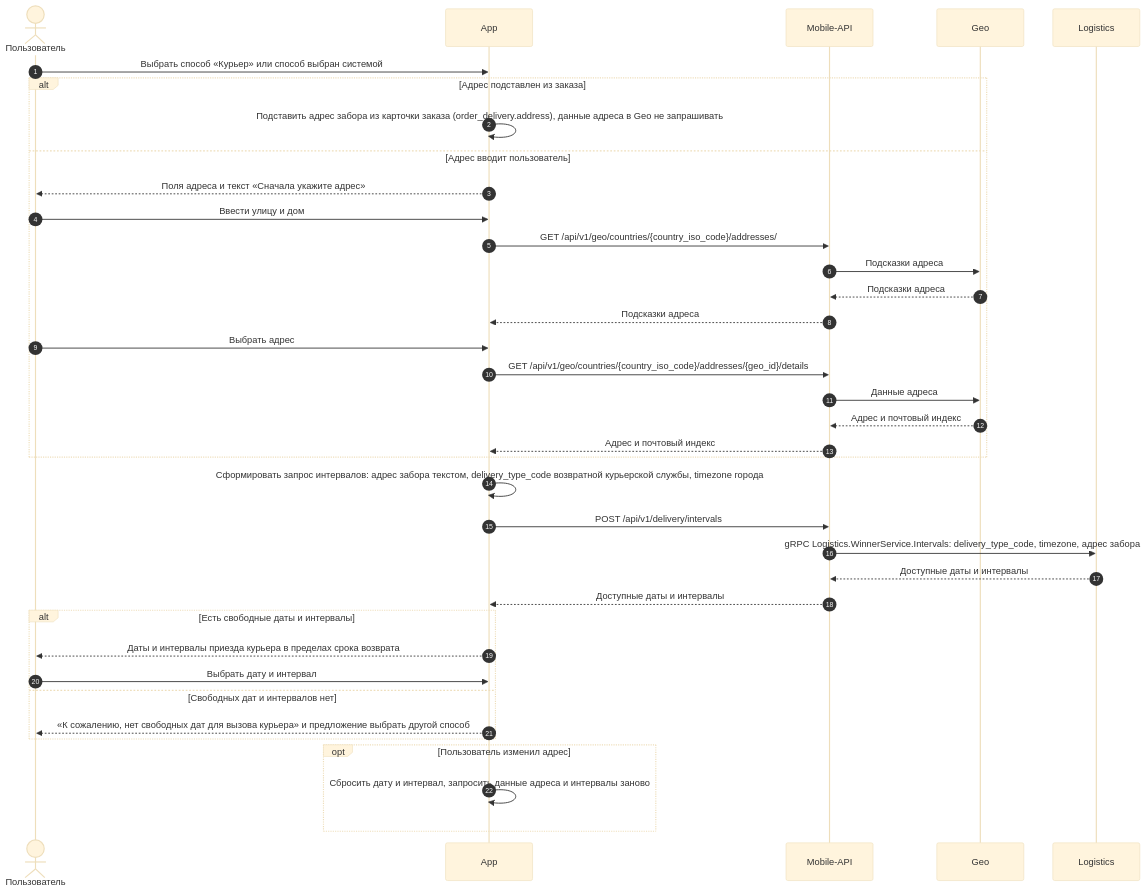
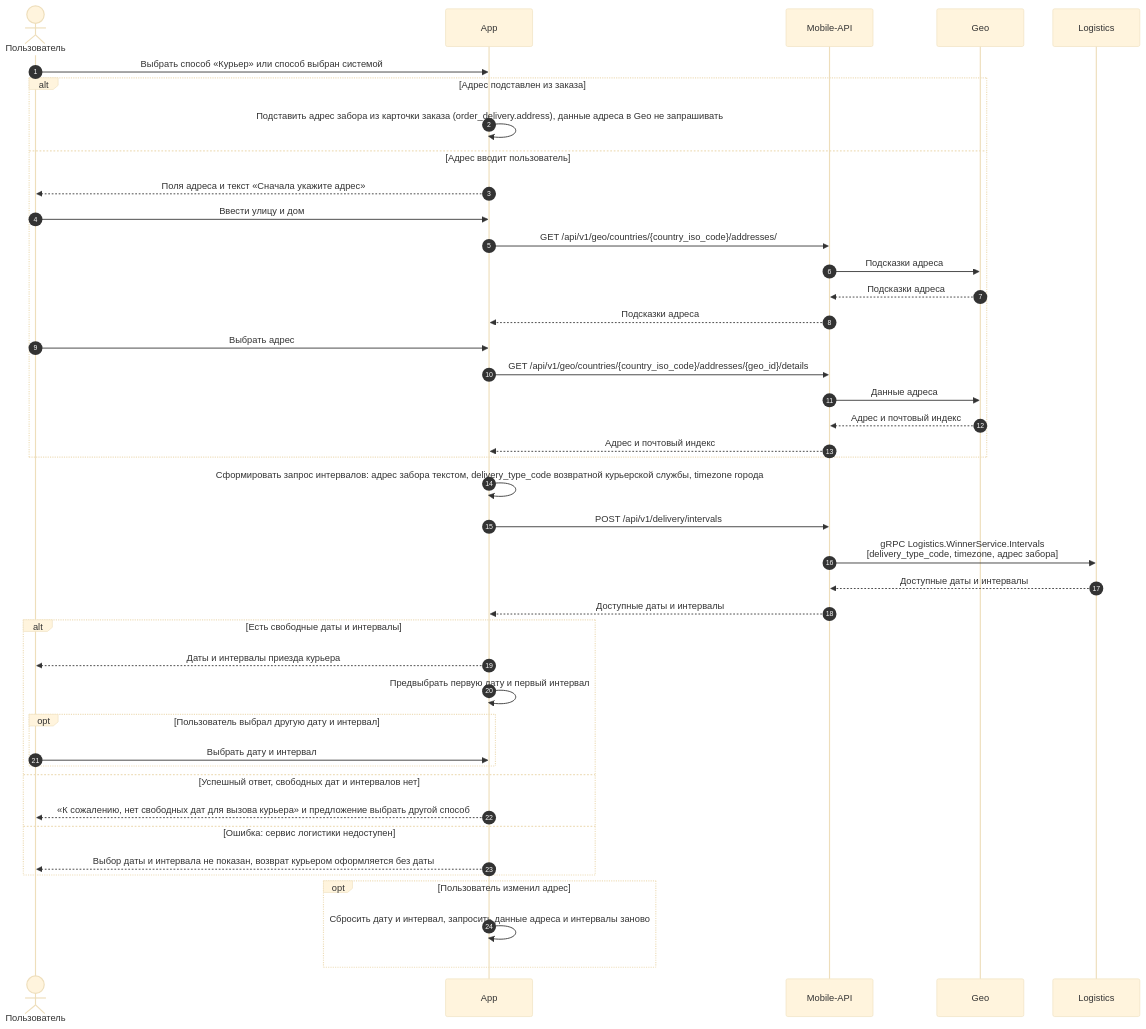
One commit to Terinss155/opencode-agents-analysis changed the eighth of 24 diagrams in projects/returns-2.0/requirements/srs/srs-mobile-mvp.md. Above: the diagram before and after it, drawn with Mermaid (base theme). The commit also changed other lines of this file and 135 other files, not shown here.

````diff
--- a/projects/returns-2.0/requirements/srs/srs-mobile-mvp.md
+++ b/projects/returns-2.0/requirements/srs/srs-mobile-mvp.md
@@ -525,41 +569,46 @@
 ```mermaid
 sequenceDiagram
     autonumber
     actor U as Пользователь
     participant APP as App
     participant API as Mobile-API
     participant GEO as Geo
     participant LOG as Logistics
 
     U->>APP: Выбрать способ «Курьер» или способ выбран системой
     alt Адрес подставлен из заказа
         APP->>APP: Подставить адрес забора из карточки заказа (order_delivery.address), данные адреса в Geo не запрашивать
     else Адрес вводит пользователь
         APP-->>U: Поля адреса и текст «Сначала укажите адрес»
         U->>APP: Ввести улицу и дом
         APP->>API: GET /api/v1/geo/countries/{country_iso_code}/addresses/
         API->>GEO: Подсказки адреса
         GEO-->>API: Подсказки адреса
         API-->>APP: Подсказки адреса
         U->>APP: Выбрать адрес
         APP->>API: GET /api/v1/geo/countries/{country_iso_code}/addresses/{geo_id}/details
         API->>GEO: Данные адреса
         GEO-->>API: Адрес и почтовый индекс
         API-->>APP: Адрес и почтовый индекс
     end
     APP->>APP: Сформировать запрос интервалов: адрес забора текстом, delivery_type_code возвратной курьерской службы, timezone города
     APP->>API: POST /api/v1/delivery/intervals
-    API->>LOG: gRPC Logistics.WinnerService.Intervals: delivery_type_code, timezone, адрес забора
+    API->>LOG: gRPC Logistics.WinnerService.Intervals<br>[delivery_type_code, timezone, адрес забора]
     LOG-->>API: Доступные даты и интервалы
     API-->>APP: Доступные даты и интервалы
     alt Есть свободные даты и интервалы
-        APP-->>U: Даты и интервалы приезда курьера в пределах срока возврата
-        U->>APP: Выбрать дату и интервал
-    else Свободных дат и интервалов нет
+        APP-->>U: Даты и интервалы приезда курьера
+        APP->>APP: Предвыбрать первую дату и первый интервал
+        opt Пользователь выбрал другую дату и интервал
+            U->>APP: Выбрать дату и интервал
+        end
+    else Успешный ответ, свободных дат и интервалов нет
         APP-->>U: «К сожалению, нет свободных дат для вызова курьера» и предложение выбрать другой способ
+    else Ошибка: сервис логистики недоступен
+        APP-->>U: Выбор даты и интервала не показан, возврат курьером оформляется без даты
     end
 
     opt Пользователь изменил адрес
         APP->>APP: Сбросить дату и интервал, запросить данные адреса и интервалы заново
     end
 ```
````
